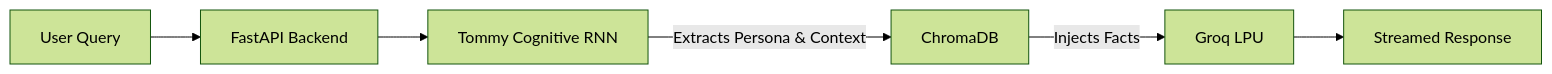
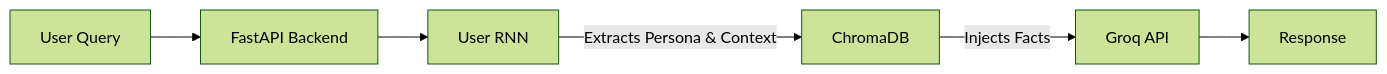
One commit to Licheng-Zheng/Timmy-and-Tommy changed the third of 4 diagrams in README.md. Above: the diagram before and after it, drawn with Mermaid (forest theme). The commit also changed other lines of this file, not shown here.

Commit message:
typos and architecture update

````diff
--- a/README.md
+++ b/README.md
@@ -49,8 +49,8 @@
 ```mermaid
 graph LR
     A[User Query] --> B[FastAPI Backend]
-    B --> C[Tommy Cognitive RNN]
+    B --> C[User RNN]
     C -->|Extracts Persona & Context| D[ChromaDB]
-    D -->|Injects Facts| E[Groq LPU]
-    E --> F[Streamed Response]
+    D -->|Injects Facts| E[Groq API]
+    E --> F[Response]
 ```
````
